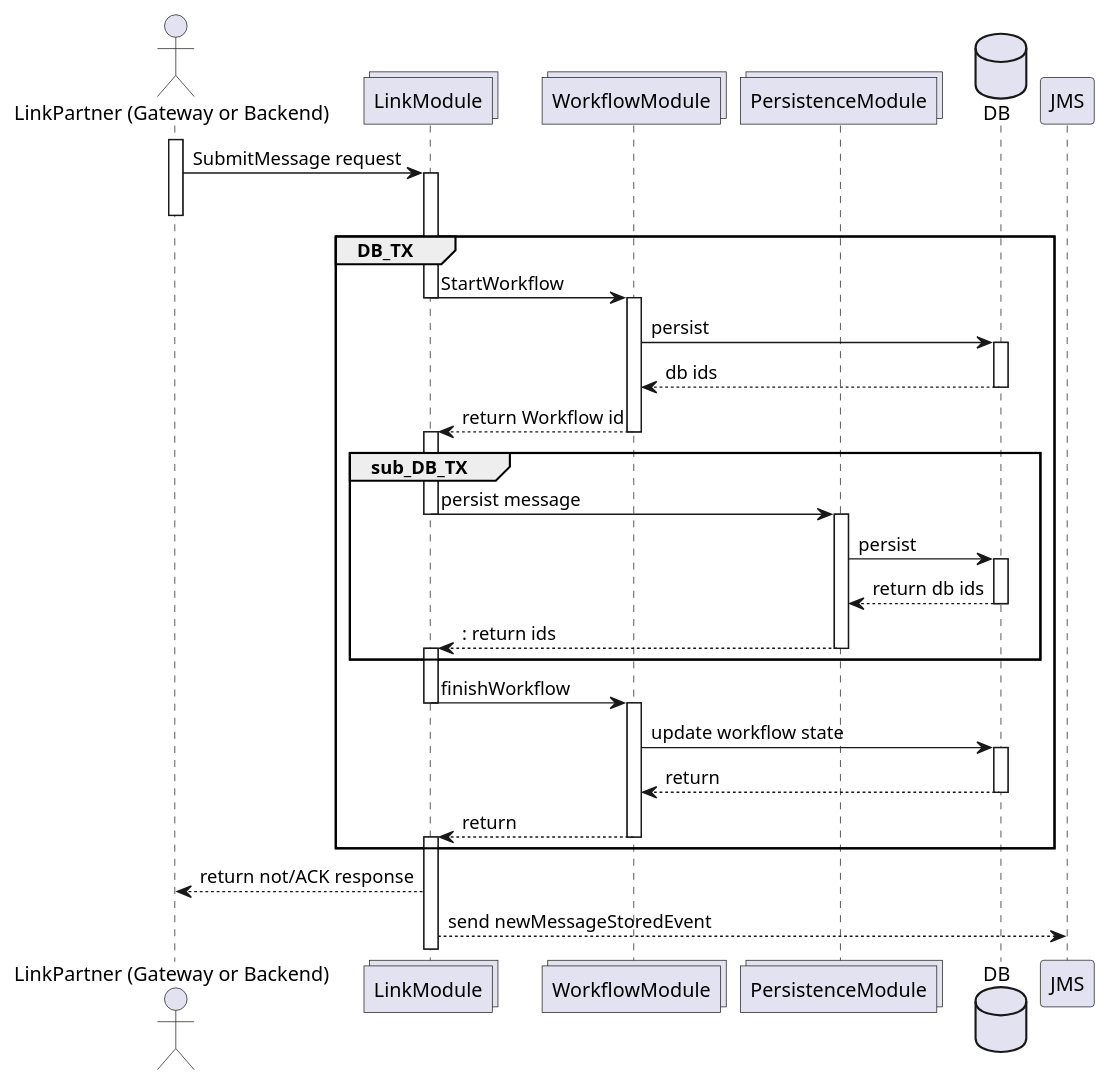
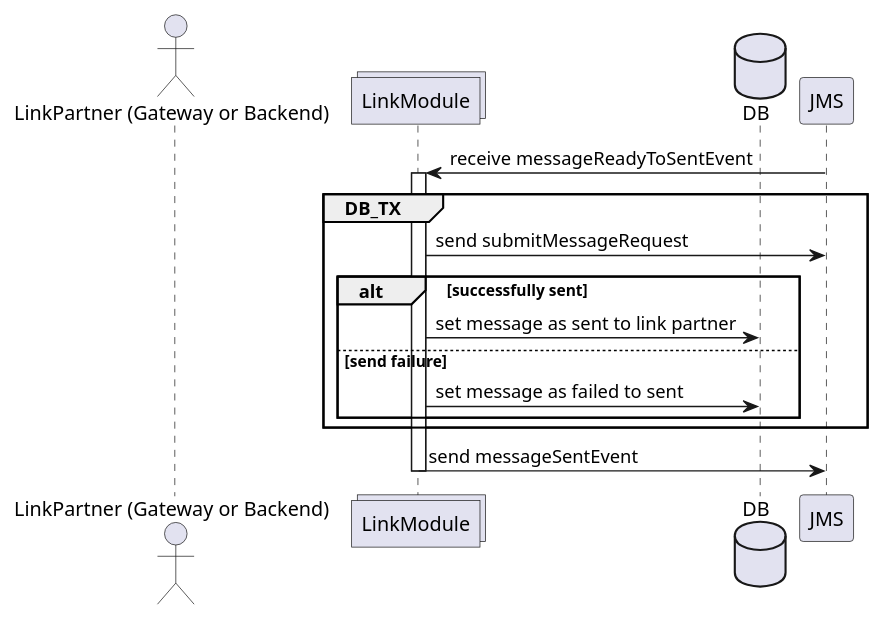
The third of 4 diagrams in domibusConnector/domibusConnectorDocumentation/src/asciidoc/doc/architecture/connector5/flows/level1/l1_send_message.adoc (muell16/domibusConnector), drawn with PlantUML before and after one commit. The commit also changed other lines of this file and 14 other files, not shown here.

```diff
--- a/domibusConnector/domibusConnectorDocumentation/src/asciidoc/doc/architecture/connector5/flows/level1/l1_send_message.adoc
+++ b/domibusConnector/domibusConnectorDocumentation/src/asciidoc/doc/architecture/connector5/flows/level1/l1_send_message.adoc
@@ -56,49 +102,28 @@
-[plantuml,message_processing_sequence_diagram_overview_async,format=svg]
+[plantuml,send_message_sequence_diagram_async,format=svg]
 ----
 @startuml
 
 
 actor "LinkPartner (Gateway or Backend)" as LP
 
 collections LinkModule
-collections WorkflowModule
-collections PersistenceModule
+'collections WorkflowModule
 
 database DB
 
 
-activate LP
-LP -> LinkModule ++: SubmitMessage request
+JMS -> LinkModule++: receive messageReadyToSentEvent
 group DB_TX
-deactivate LP
-
-LinkModule -> WorkflowModule --++: StartWorkflow
-WorkflowModule -> DB++: persist
-DB --> WorkflowModule --: db ids
-WorkflowModule --> LinkModule --++: return Workflow id
-
-
-group sub_DB_TX
-LinkModule -> PersistenceModule --++: persist message
-PersistenceModule -> DB++: persist
-DB --> PersistenceModule --:return db ids
-PersistenceModule --> LinkModule --++:: return ids
+LinkModule -> JMS: send submitMessageRequest
+'LP --> LinkModule--++: return submitMessageResponse
+alt successfully sent
+LinkModule -> DB: set message as sent to link partner
+else send failure
+LinkModule -> DB: set message as failed to sent
 end
-
-
-
-
-LinkModule -> WorkflowModule --++: finishWorkflow
-WorkflowModule -> DB++: update workflow state
-DB --> WorkflowModule--: return
-WorkflowModule --> LinkModule --++: return
-
 end
-
-LinkModule --> LP: return not/ACK response
-
-LinkModule --> JMS: send newMessageStoredEvent
+LinkModule -> JMS--: send messageSentEvent
 
 
 @enduml
 ----
```
